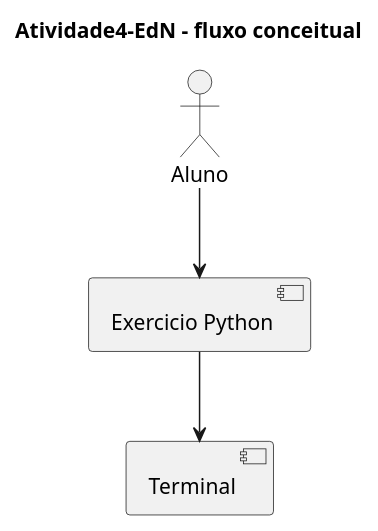
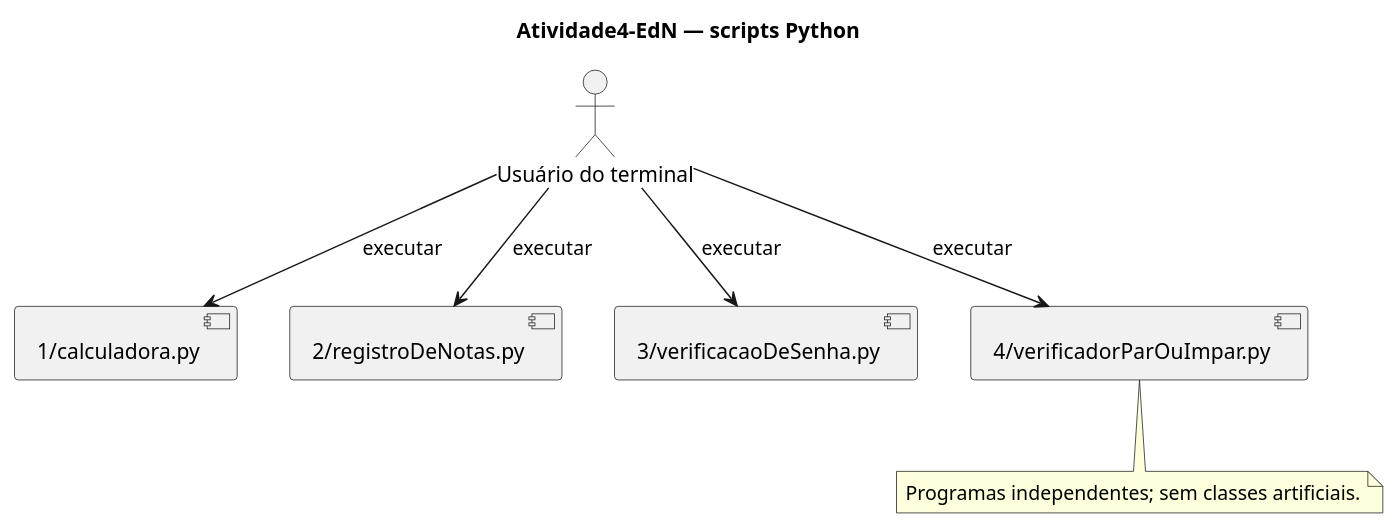
The diagram in docs/UML.puml (DanieldeAlmeida2024/Atividade4-EdN), drawn with PlantUML before and after one commit. The commit also changed 10 other files, not shown here.

Commit message:
docs: descrever scripts e validacoes reais com UML e versao 1.0.0

```diff
--- a/docs/UML.puml
+++ b/docs/UML.puml
@@ -1,8 +1,15 @@
 @startuml
-title Atividade4-EdN - fluxo conceitual
-actor Aluno
-component "Exercicio Python" as Exercicio
-component "Terminal" as Terminal
-Aluno --> Exercicio
-Exercicio --> Terminal
+title Atividade4-EdN — scripts Python
+actor "Usuário do terminal" as U
+component "1/calculadora.py" as P0
+U --> P0 : executar
+component "2/registroDeNotas.py" as P1
+U --> P1 : executar
+component "3/verificacaoDeSenha.py" as P2
+U --> P2 : executar
+component "4/verificadorParOuImpar.py" as P3
+U --> P3 : executar
+note bottom
+Programas independentes; sem classes artificiais.
+end note
 @enduml
```
